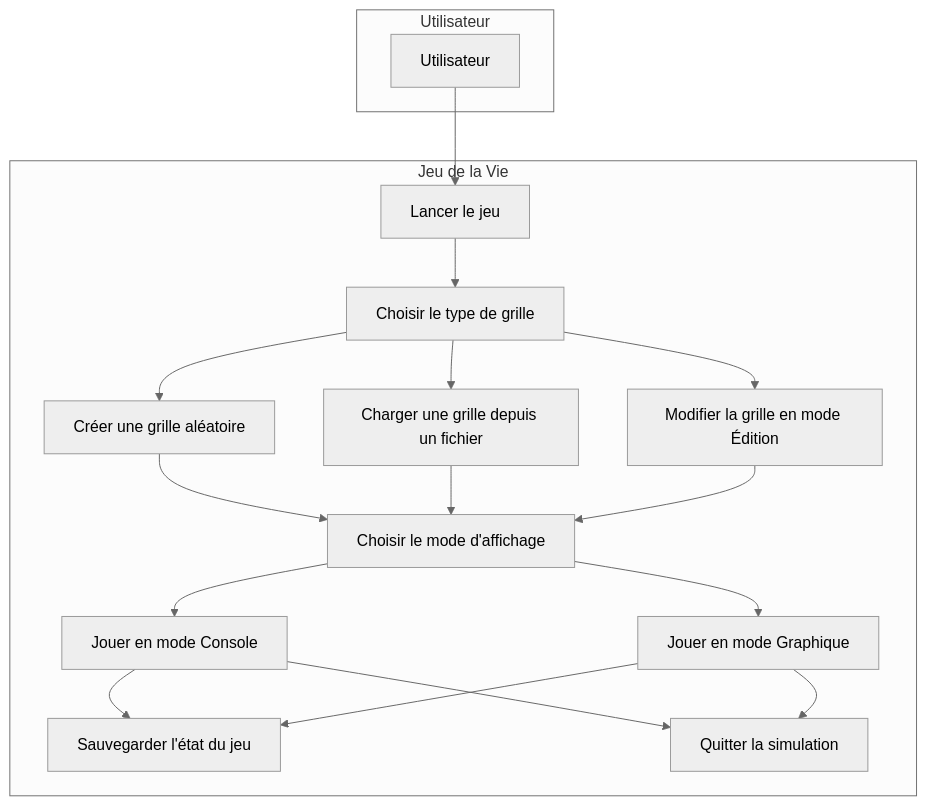
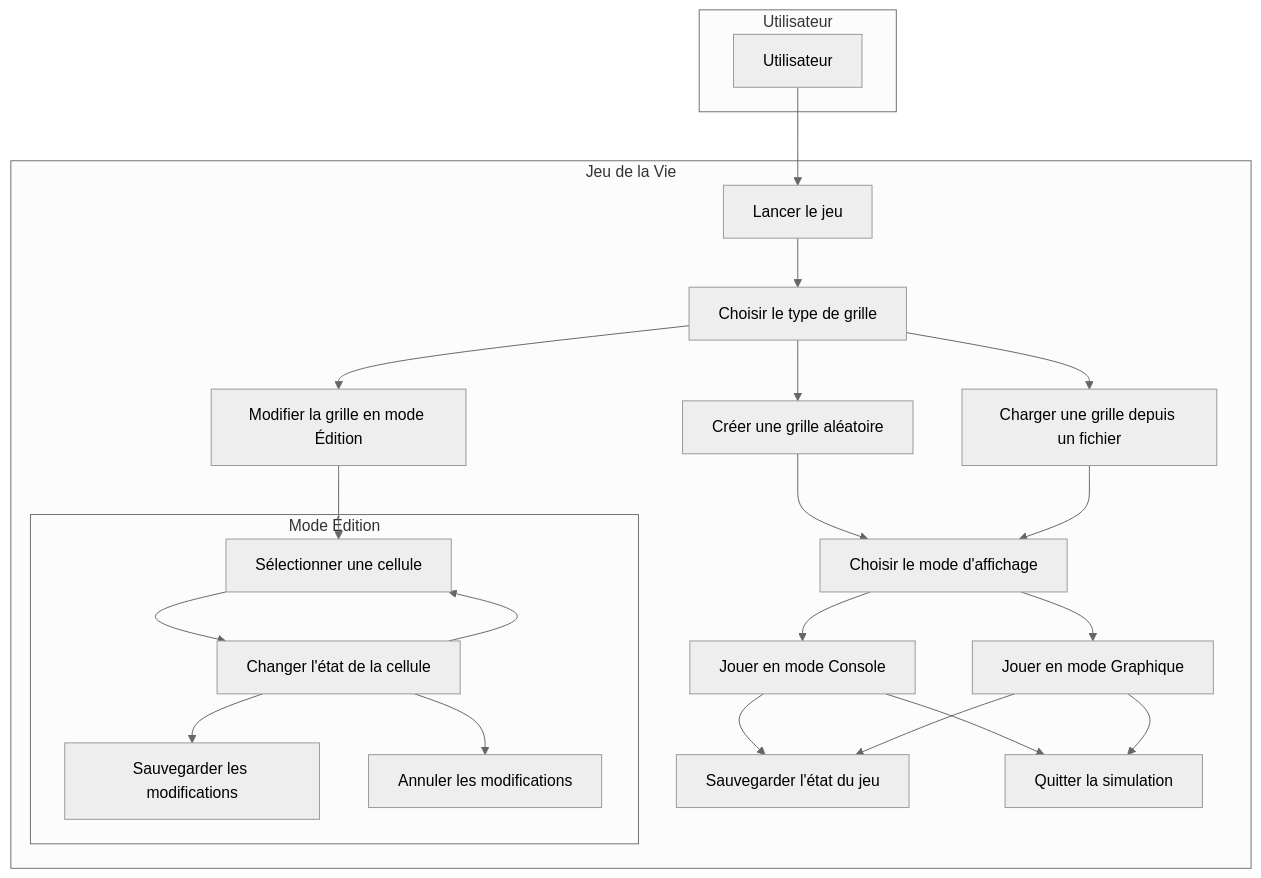
One commit to LinkPlayG/ProjetJeuDeLaVie changed the diagram in Diagrammes/Diagramme de cas d'utilisation.md. Above: the diagram before and after it, drawn with Mermaid (neutral theme).

Commit message:
Update Diagramme de cas d'utilisation.md

````diff
--- a/Diagrammes/Diagramme de cas d'utilisation.md
+++ b/Diagrammes/Diagramme de cas d'utilisation.md
@@ -1,35 +1,50 @@
 ```mermaid
 graph TD
   subgraph "Utilisateur"
     User["Utilisateur"]
   end
 
   subgraph "Jeu de la Vie"
     UC1["Lancer le jeu"]
     UC2["Choisir le type de grille"]
     UC3["Créer une grille aléatoire"]
     UC4["Charger une grille depuis un fichier"]
     UC5["Modifier la grille en mode Édition"]
     UC6["Choisir le mode d'affichage"]
     UC7["Jouer en mode Console"]
     UC8["Jouer en mode Graphique"]
     UC9["Sauvegarder l'état du jeu"]
     UC10["Quitter la simulation"]
+    
+    subgraph "Mode Édition"
+      UC5a["Sélectionner une cellule"]
+      UC5b["Changer l'état de la cellule"]
+      UC5c["Sauvegarder les modifications"]
+      UC5d["Annuler les modifications"]
+    end
   end
 
   %% Relations entre l'utilisateur et les cas d'utilisation
   User --> UC1
   UC1 --> UC2
   UC2 --> UC3
   UC2 --> UC4
   UC2 --> UC5
   UC3 --> UC6
   UC4 --> UC6
-  UC5 --> UC6
+  UC5 --> UC5a
+  UC5a --> UC5b
+  UC5b --> UC5a 
+  UC5b --> UC5d
+
+  UC5b --> UC5c
+ 
+  
   UC6 --> UC7
   UC6 --> UC8
   UC7 --> UC9
   UC8 --> UC9
   UC7 --> UC10
   UC8 --> UC10
+
 ```
````
